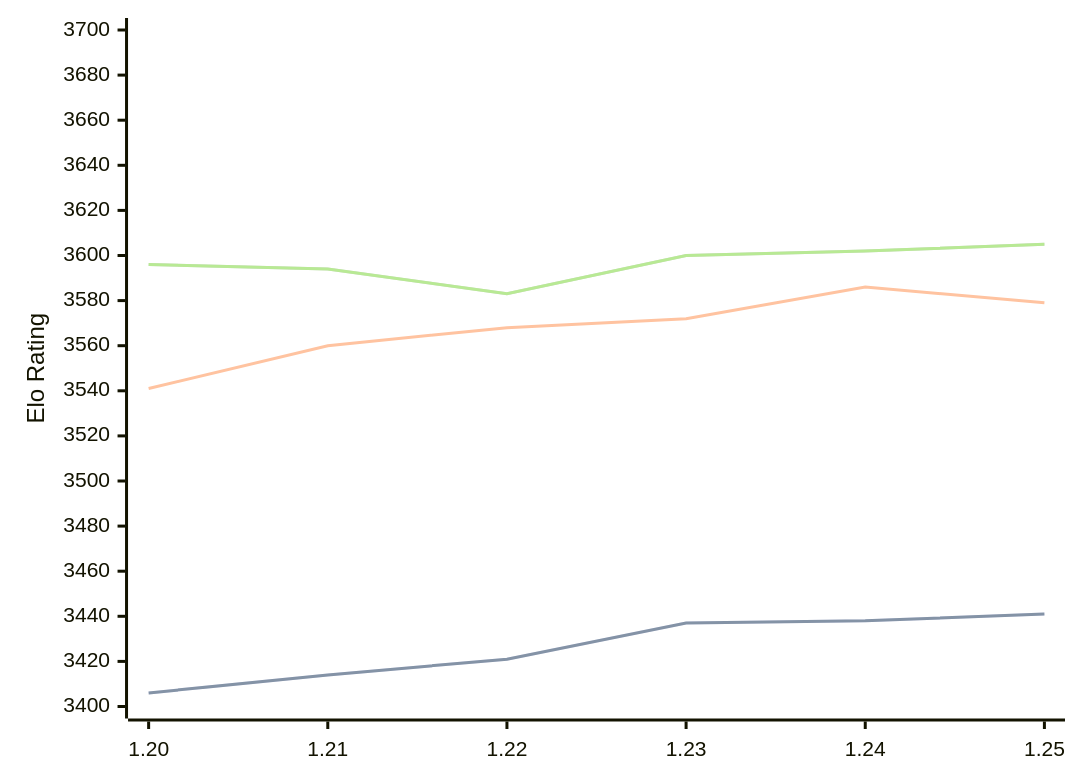
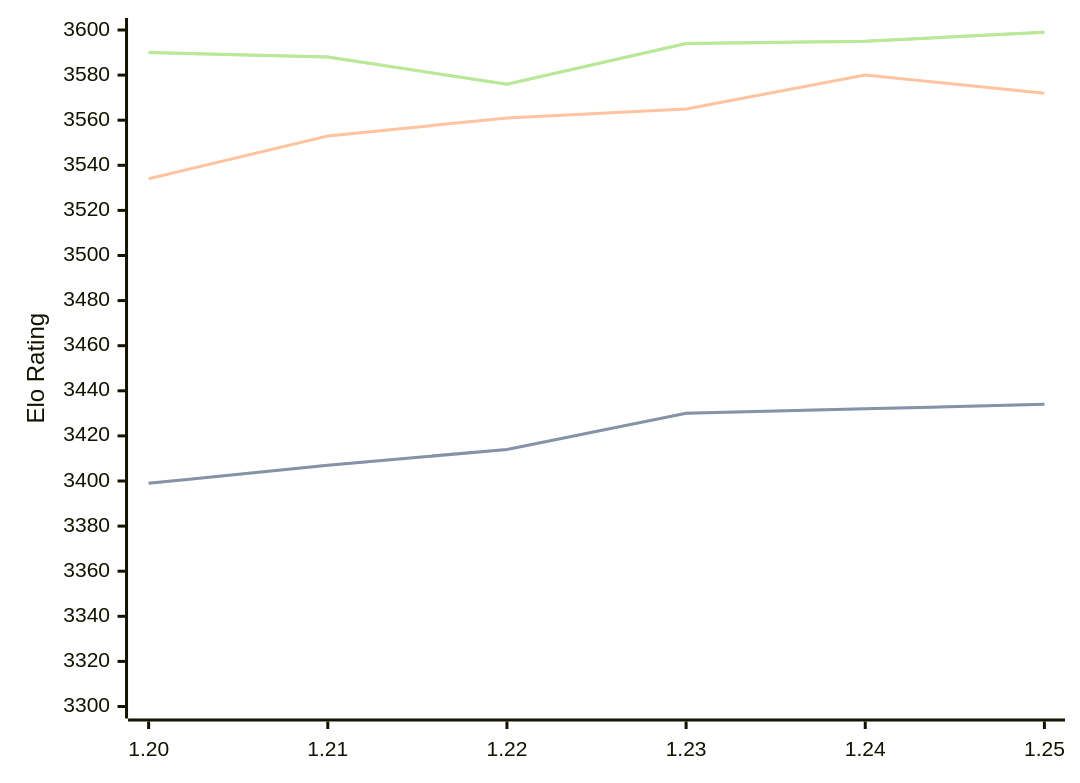
One commit to computer-chess-index/cci changed the diagram in engines/Caissa.md. Above: the diagram before and after it, drawn with Mermaid. The commit also changed other lines of this file, not shown here.

Commit message:
Update CCI Ratings (ELO VLTC) - 2026-05-18

````diff
--- a/engines/Caissa.md
+++ b/engines/Caissa.md
@@ -65,11 +65,11 @@
 ```mermaid
 %%{init: {"theme":"base","themeVariables":{"seriesColors:['#a3a3a3','#222221','#faa371']}}}%%
 xychart-beta
   x-axis ["1.20", "1.21", "1.22", "1.23", "1.24", "1.25"]
-  y-axis "Elo Rating" 3400 --> 3700
-  line "STC (8.0+0.08s)" [3406, 3414, 3421, 3437, 3438, 3441]
-  line "STC (8.0+0.08s)" [3406, 3414, 3421, 3437, 3438, 3441]
-  line "LTC (60.0+0.60s)" [3541, 3560, 3568, 3572, 3586, 3579]
-  line "VLTC (2m24s+1.12s)" [3596, 3594, 3583, 3600, 3602, 3605]
-  line "VLTC (2m24s+1.12s)" [3596, 3594, 3583, 3600, 3602, 3605]
+  y-axis "Elo Rating" 3300 --> 3600
+  line "STC (8.0+0.08s)" [3399, 3407, 3414, 3430, 3432, 3434]
+  line "STC (8.0+0.08s)" [3399, 3407, 3414, 3430, 3432, 3434]
+  line "LTC (60.0+0.60s)" [3534, 3553, 3561, 3565, 3580, 3572]
+  line "VLTC (2m24s+1.12s)" [3590, 3588, 3576, 3594, 3595, 3599]
+  line "VLTC (2m24s+1.12s)" [3590, 3588, 3576, 3594, 3595, 3599]
 ```
````
